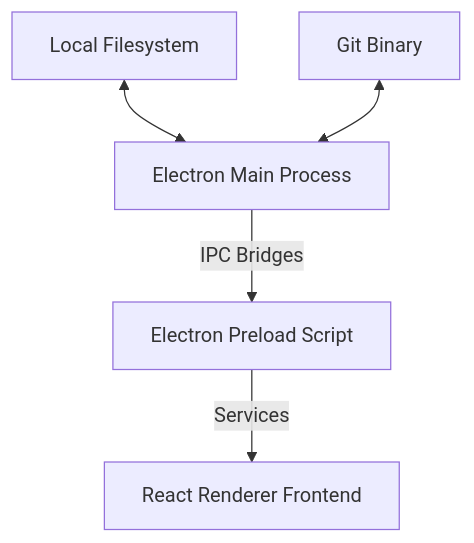
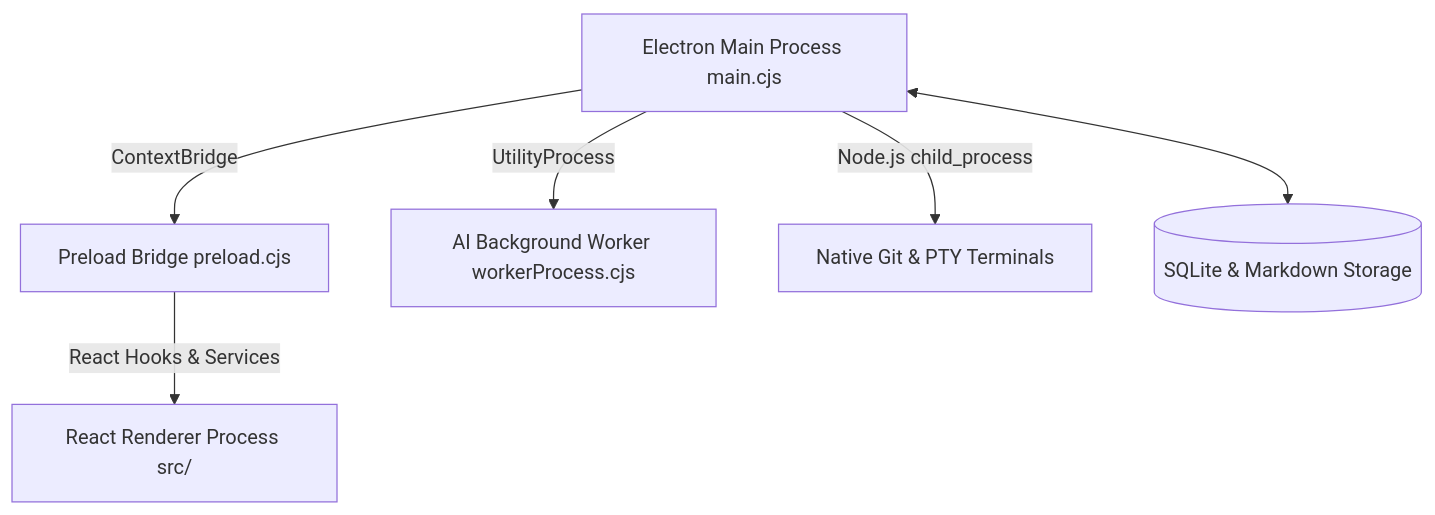
One commit to TheNotelyApp/Notely changed the diagram in docs/developer/index.md. Above: the diagram before and after it, drawn with Mermaid. The commit also changed other lines of this file and 12 other files, not shown here.

````diff
--- a/docs/developer/index.md
+++ b/docs/developer/index.md
@@ -14,7 +14,8 @@
 ```mermaid
 graph TD
-    A[Electron Main Process] -->|IPC Bridges| B[Electron Preload Script]
-    B -->|Services| C[React Renderer Frontend]
-    D[Local Filesystem] <--> A
-    E[Git Binary] <--> A
+    A[Electron Main Process main.cjs] -->|ContextBridge| B[Preload Bridge preload.cjs]
+    B -->|React Hooks & Services| C[React Renderer Process src/]
+    A -->|UtilityProcess| D[AI Background Worker workerProcess.cjs]
+    A -->|Node.js child_process| E[Native Git & PTY Terminals]
+    A <--> F[(SQLite & Markdown Storage)]
 ```
````
